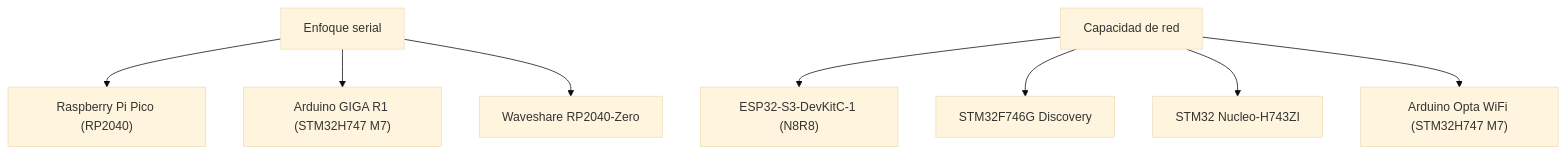
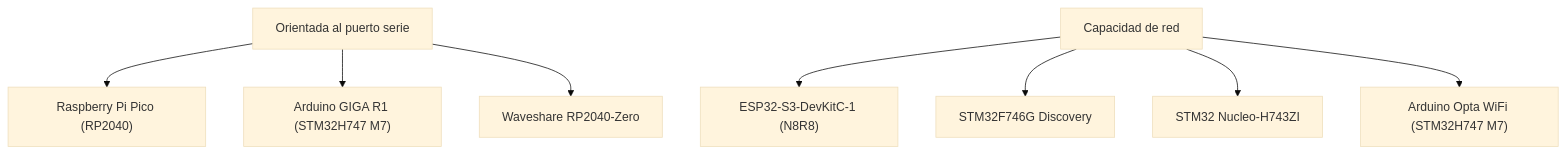
Before and after one commit to eduardojvieira/ZPLC: the diagram in docs/i18n/es/docusaurus-plugin-content-docs/current/reference/boards.md, drawn with Mermaid (base theme). The commit also changed other lines of this file and 19 other files, not shown here.

````diff
--- a/docs/i18n/es/docusaurus-plugin-content-docs/current/reference/boards.md
+++ b/docs/i18n/es/docusaurus-plugin-content-docs/current/reference/boards.md
@@ -18,19 +18,19 @@
 ```mermaid
 flowchart TD
-  serial["Enfoque serial"]
+  serial["Orientada al puerto serie"]
   network["Capacidad de red"]
   b1["Raspberry Pi Pico (RP2040)"]
   serial --> b1
   b2["Arduino GIGA R1 (STM32H747 M7)"]
   serial --> b2
   b3["ESP32-S3-DevKitC-1 (N8R8)"]
   network --> b3
   b4["STM32F746G Discovery"]
   network --> b4
   b5["STM32 Nucleo-H743ZI"]
   network --> b5
   b6["Arduino Opta WiFi (STM32H747 M7)"]
   network --> b6
   b7["Waveshare RP2040-Zero"]
   serial --> b7
 ```
````
